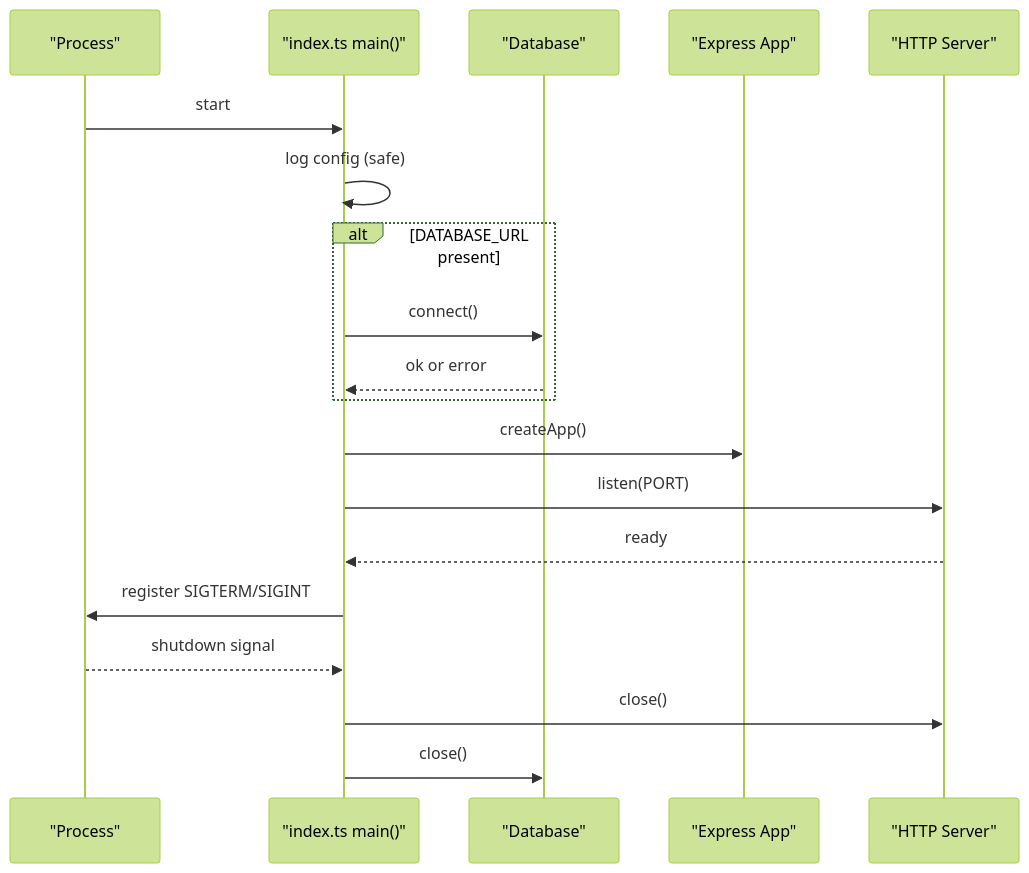
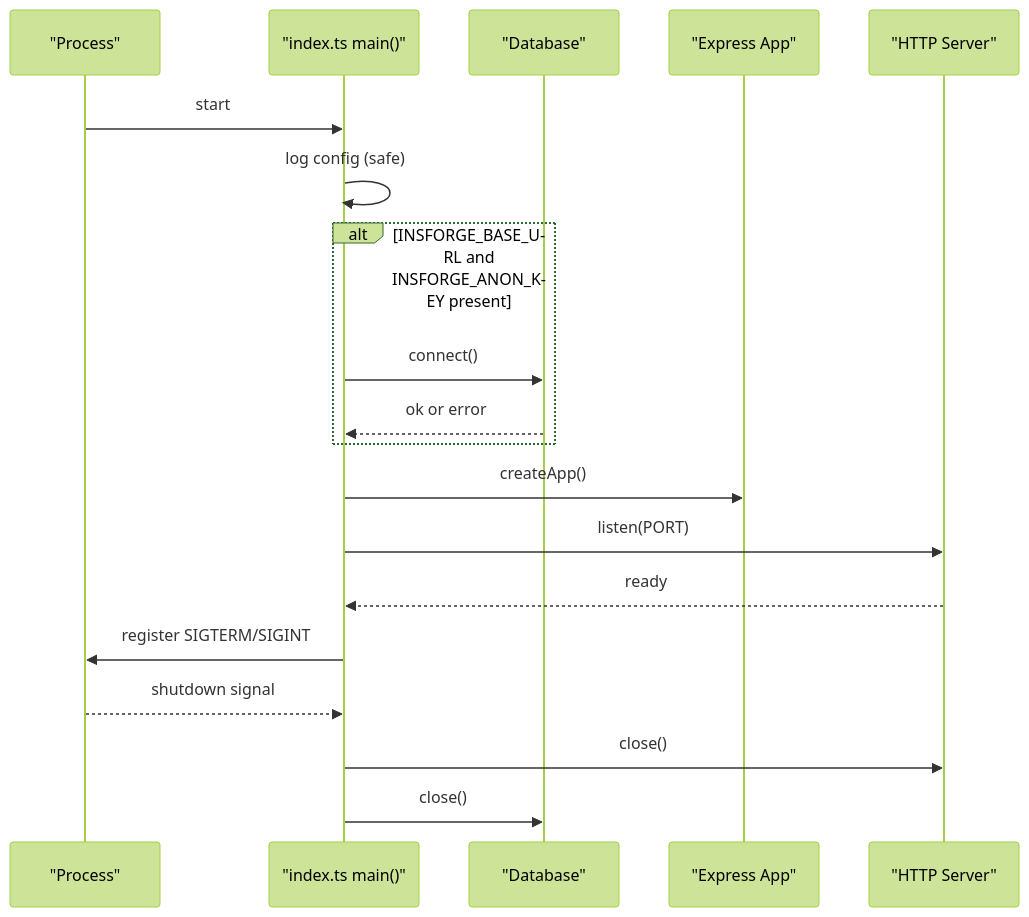
The fourth of 6 diagrams in .qoder/repowiki/en/content/Deployment & Operations.md (vishnusaibhosekar/ares), drawn with Mermaid (forest theme) before and after one commit. The commit also changed other lines of this file and 12 other files, not shown here.

````diff
--- a/.qoder/repowiki/en/content/Deployment & Operations.md
+++ b/.qoder/repowiki/en/content/Deployment & Operations.md
@@ -171,21 +199,21 @@
 ```mermaid
 sequenceDiagram
 participant Proc as "Process"
 participant Entry as "index.ts main()"
 participant DB as "Database"
 participant App as "Express App"
 participant HTTP as "HTTP Server"
 Proc->>Entry : start
 Entry->>Entry : log config (safe)
-alt DATABASE_URL present
+alt INSFORGE_BASE_URL and INSFORGE_ANON_KEY present
 Entry->>DB : connect()
 DB-->>Entry : ok or error
 end
 Entry->>App : createApp()
 Entry->>HTTP : listen(PORT)
 HTTP-->>Entry : ready
 Entry->>Proc : register SIGTERM/SIGINT
 Proc-->>Entry : shutdown signal
 Entry->>HTTP : close()
 Entry->>DB : close()
 ```
````
